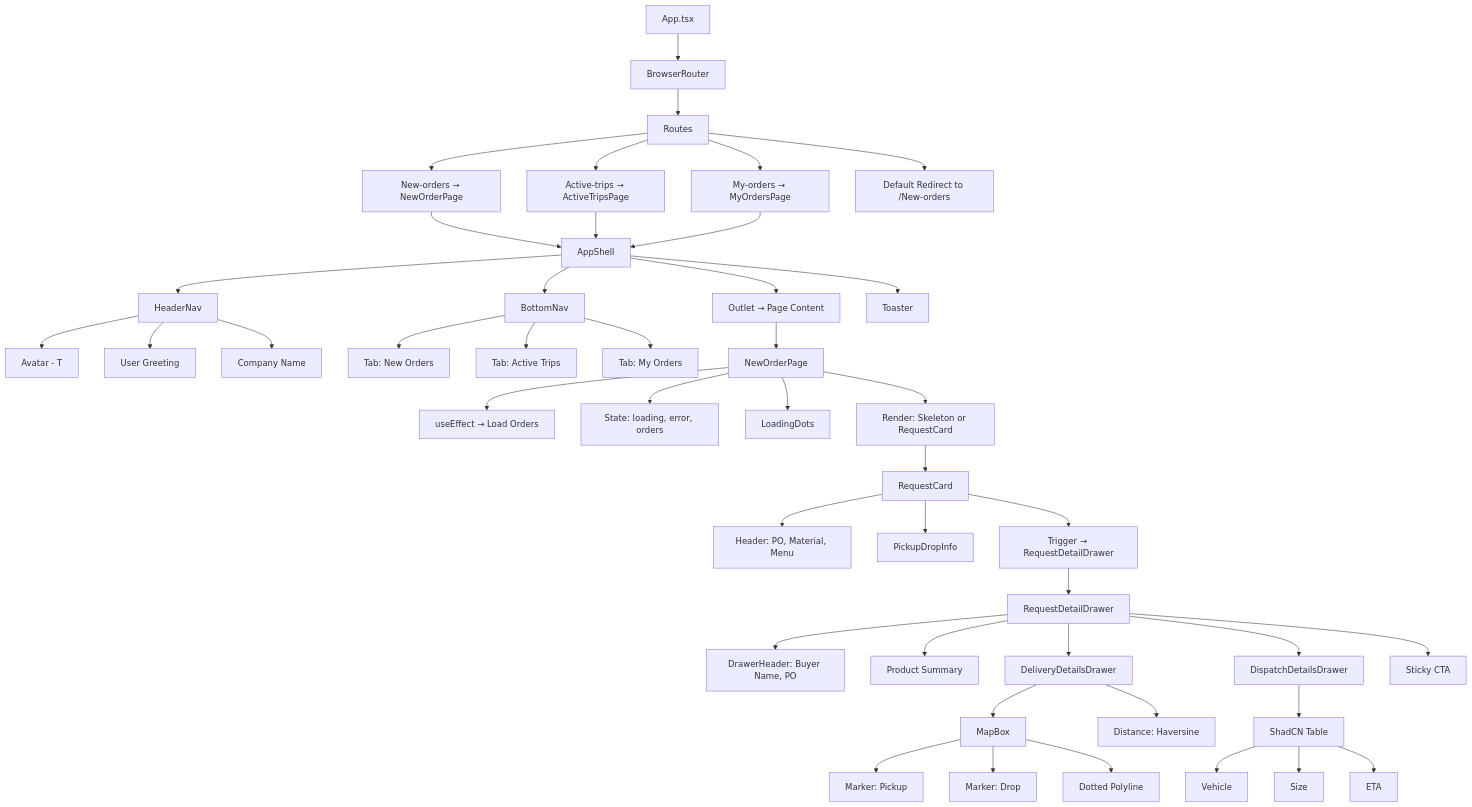
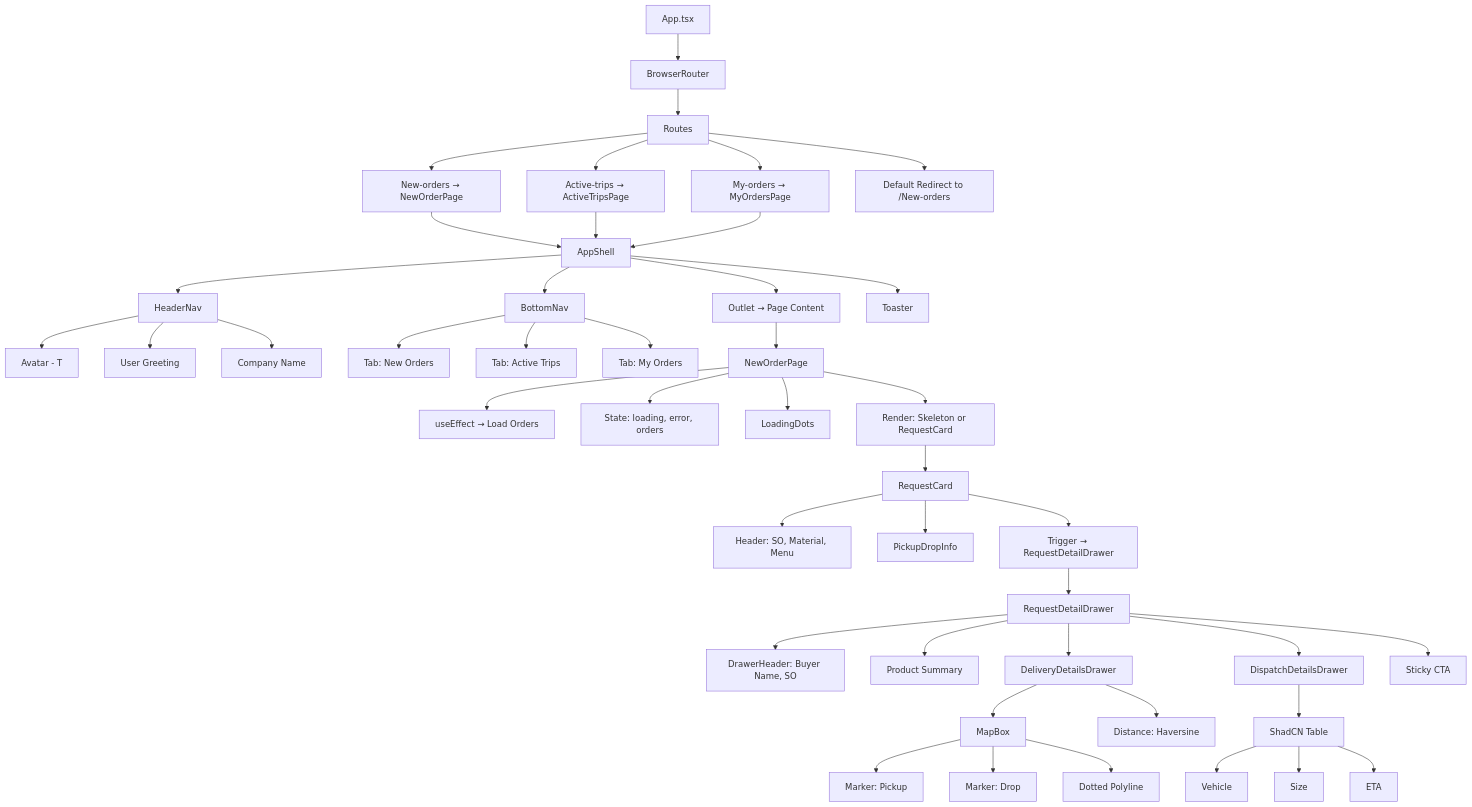
The first of 4 diagrams in README.new-orders.md (ayooshS/freightfox-frontend), drawn with Mermaid before and after one commit. The commit also changed other lines of this file and 38 other files, not shown here.

````diff
--- a/README.new-orders.md
+++ b/README.new-orders.md
@@ -59,65 +59,65 @@
 ```mermaid
 
 graph TD
 
 %% App Entry
 A[App.tsx] --> B[BrowserRouter]
 B --> C[Routes]
 C --> D[New-orders → NewOrderPage]
 C --> E[Active-trips → ActiveTripsPage]
 C --> F[My-orders → MyOrdersPage]
 C --> G[Default Redirect to /New-orders]
 
 D --> H[AppShell]
 E --> H
 F --> H
 
 %% AppShell Layout
 H --> H1[HeaderNav]
 H1 --> H1a[Avatar - T]
 H1 --> H1b[User Greeting]
 H1 --> H1c[Company Name]
 
 H --> H2[Outlet → Page Content]
 H --> H3[BottomNav]
 H3 --> H3a[Tab: New Orders]
 H3 --> H3b[Tab: Active Trips]
 H3 --> H3c[Tab: My Orders]
 H --> H4[Toaster]
 
 %% NewOrderPage structure
 H2 --> N[NewOrderPage]
 N --> N1[useEffect → Load Orders]
 N --> N2[State: loading, error, orders]
 N --> N3[LoadingDots]
 N --> N4[Render: Skeleton or RequestCard]
 
 %% RequestCard Structure
 N4 --> RC[RequestCard]
-RC --> RC1[Header: PO, Material, Menu]
+RC --> RC1[Header: SO, Material, Menu]
 RC --> RC2[PickupDropInfo]
 RC --> RC3[Trigger → RequestDetailDrawer]
 
 %% Drawer Content
 RC3 --> DR[RequestDetailDrawer]
-DR --> DR1[DrawerHeader: Buyer Name, PO]
+DR --> DR1[DrawerHeader: Buyer Name, SO]
 DR --> DR2[Product Summary]
 DR --> DR3[DeliveryDetailsDrawer]
 DR --> DR4[DispatchDetailsDrawer]
 DR --> DR5[Sticky CTA]
 
 %% DeliveryDetailsDrawer
 DR3 --> M[MapBox]
 M --> M1[Marker: Pickup]
 M --> M2[Marker: Drop]
 M --> M3[Dotted Polyline]
 DR3 --> DCalc[Distance: Haversine]
 
 %% DispatchDetailsDrawer
 DR4 --> T[ShadCN Table]
 T --> T1[Vehicle]
 T --> T2[Size]
 T --> T3[ETA]
 
 
 ```
````
